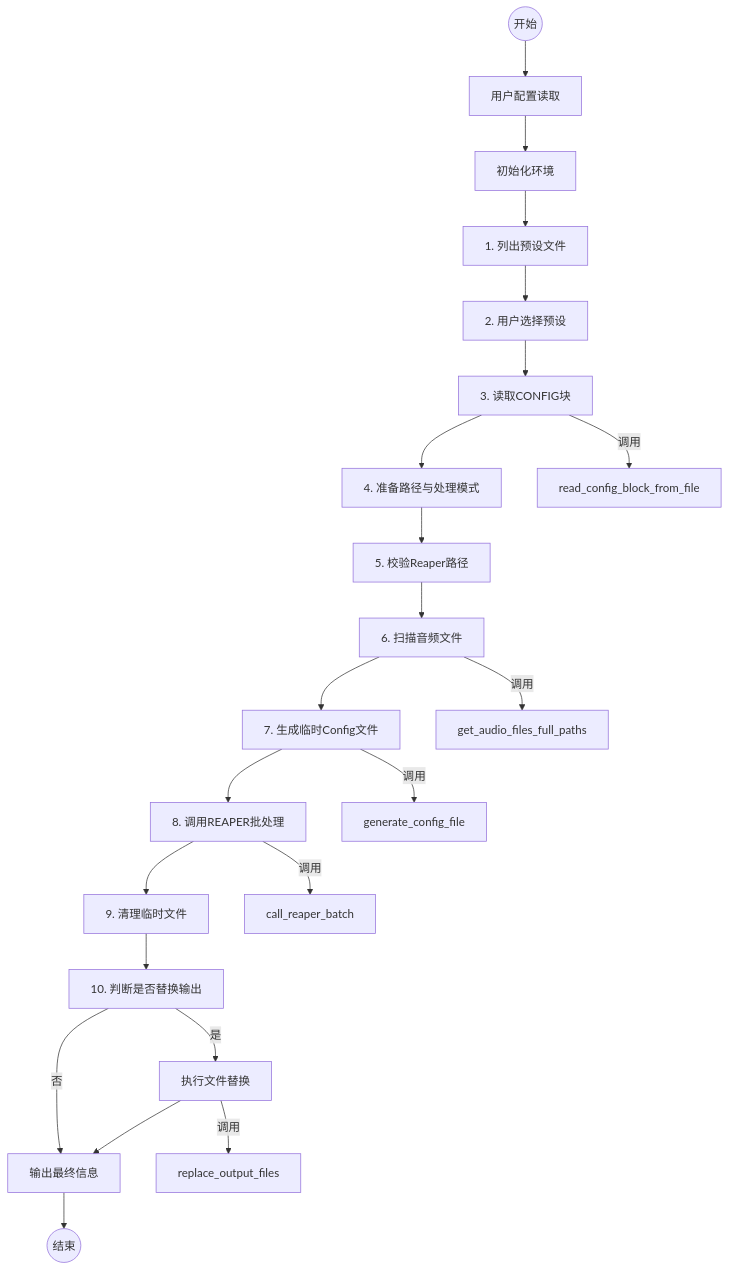
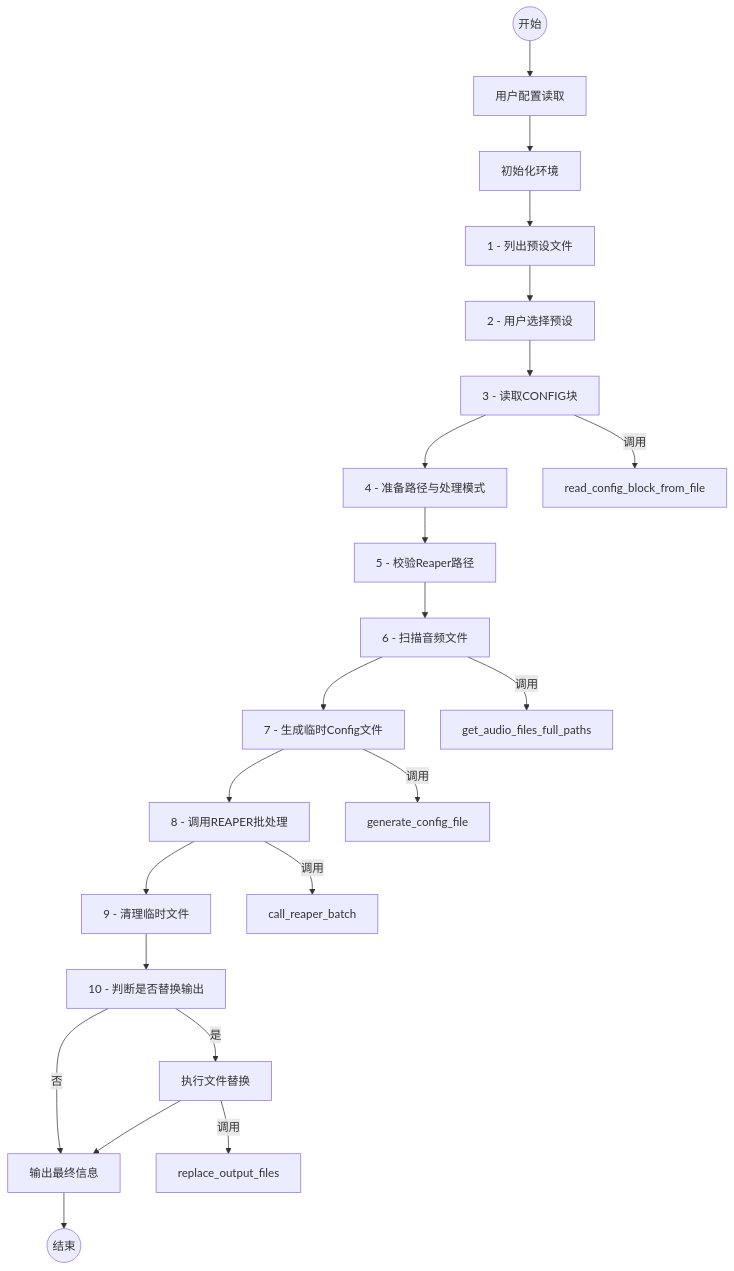
One commit to Marksooxx/Reaper_BatchConverter changed the diagram in architecture.md. Above: the diagram before and after it, drawn with Mermaid.

Commit message:
add architecture

````diff
--- a/architecture.md
+++ b/architecture.md
@@ -7,26 +7,26 @@
 ```mermaid
 graph TD
     Start((开始)) --> UserConfig[用户配置读取];
     UserConfig --> Init[初始化环境];
-    Init --> ListPresets[1. 列出预设文件];
-    ListPresets --> UserSelectPreset[2. 用户选择预设];
-    UserSelectPreset --> ReadConfig[3. 读取CONFIG块];
-    ReadConfig --> PreparePathsAndPattern[4. 准备路径与处理模式];
-    PreparePathsAndPattern --> ValidateReaper[5. 校验Reaper路径];
-    ValidateReaper --> ScanAudio[6. 扫描音频文件];
-    ScanAudio --> GenerateTempConfig[7. 生成临时Config文件];
-    GenerateTempConfig --> CallReaper[8. 调用REAPER批处理];
-    CallReaper --> Cleanup[9. 清理临时文件];
-    Cleanup --> DecideReplacement[10. 判断是否替换输出];
+    Init --> ListPresets[1 - 列出预设文件];
+    ListPresets --> UserSelectPreset[2 - 用户选择预设];
+    UserSelectPreset --> ReadConfig[3 - 读取CONFIG块];
+    ReadConfig --> PreparePathsAndPattern[4 - 准备路径与处理模式];
+    PreparePathsAndPattern --> ValidateReaper[5 - 校验Reaper路径];
+    ValidateReaper --> ScanAudio[6 - 扫描音频文件];
+    ScanAudio --> GenerateTempConfig[7 - 生成临时Config文件];
+    GenerateTempConfig --> CallReaper[8 - 调用REAPER批处理];
+    CallReaper --> Cleanup[9 - 清理临时文件];
+    Cleanup --> DecideReplacement[10 - 判断是否替换输出];
     DecideReplacement -- 是 --> AttemptReplace[执行文件替换];
     DecideReplacement -- 否 --> EndMessage[输出最终信息];
     AttemptReplace --> EndMessage;
     EndMessage --> End((结束));
 
     %% 点击可跳转到函数详情 (概念性，实际markdown不支持直接跳转)
     ReadConfig -- 调用 --> F1_Desc["read_config_block_from_file"];
     ScanAudio -- 调用 --> F2_Desc["get_audio_files_full_paths"];
     GenerateTempConfig -- 调用 --> F3_Desc["generate_config_file"];
     CallReaper -- 调用 --> F4_Desc["call_reaper_batch"];
     AttemptReplace -- 调用 --> F5_Desc["replace_output_files"];
 ```
````
